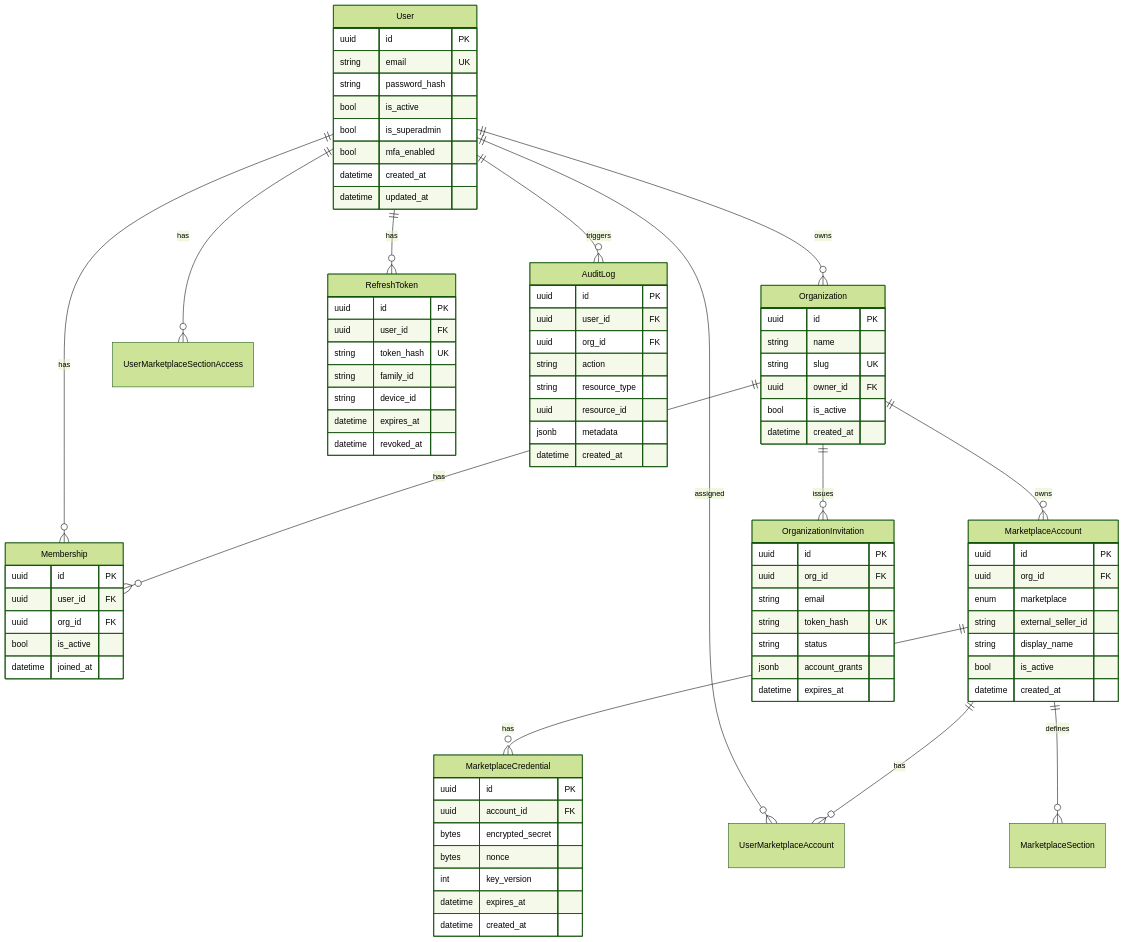
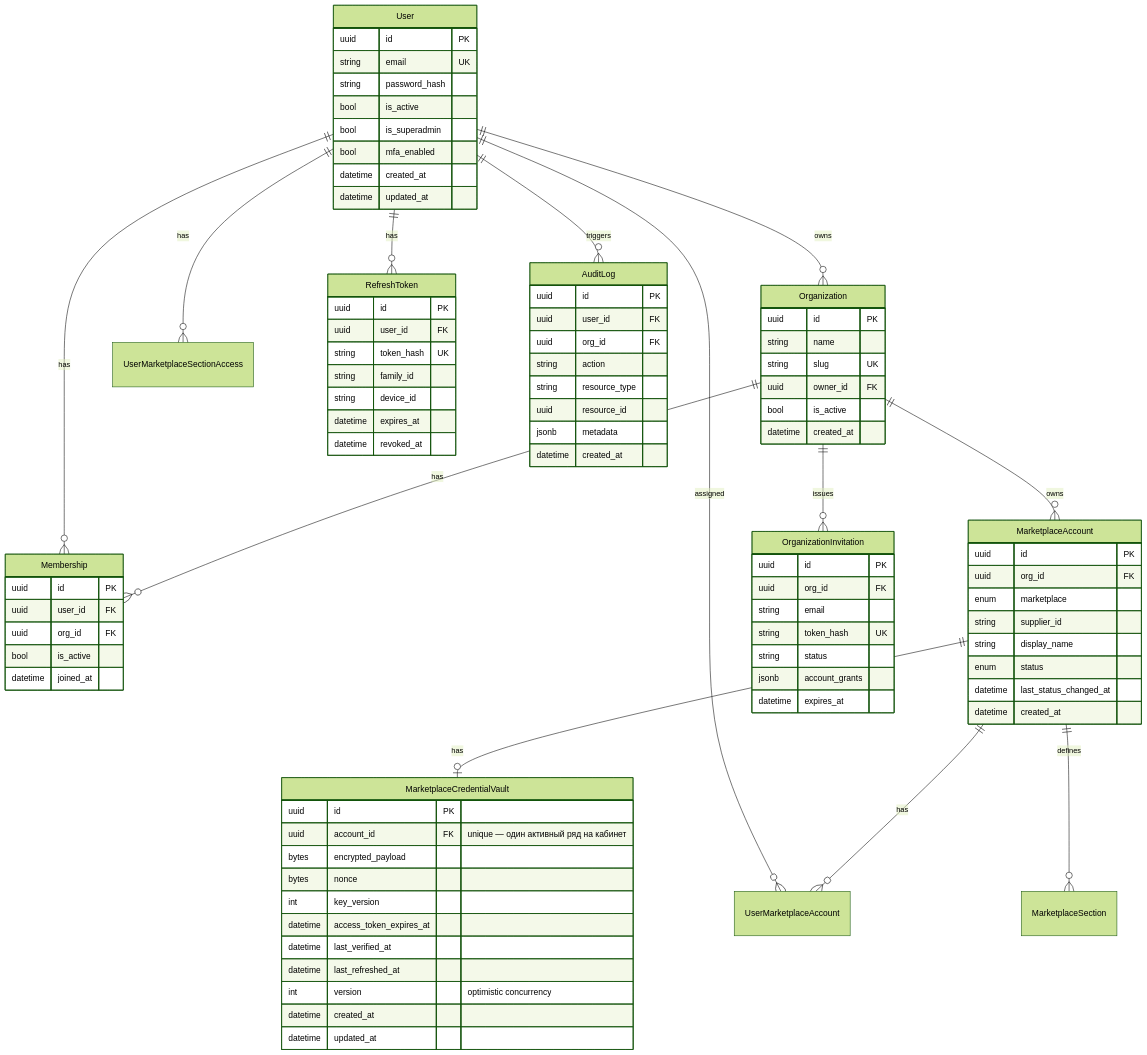
Before and after one commit to MarketHackerLabs/docs: the diagram in architecture/data-model.md, drawn with Mermaid (forest theme). The commit also changed other lines of this file and 11 other files, not shown here.

```diff
--- a/architecture/data-model.md
+++ b/architecture/data-model.md
@@ -19,7 +19,7 @@
     Organization ||--o{ Membership : has
     Organization ||--o{ MarketplaceAccount : owns
     Organization ||--o{ OrganizationInvitation : issues
-    MarketplaceAccount ||--o{ MarketplaceCredential : has
+    MarketplaceAccount ||--o| MarketplaceCredentialVault : has
     User ||--o{ UserMarketplaceAccount : assigned
     MarketplaceAccount ||--o{ UserMarketplaceAccount : has
     User ||--o{ UserMarketplaceSectionAccess : has
@@ -69,20 +69,25 @@
         uuid id PK
         uuid org_id FK
         enum marketplace
-        string external_seller_id
+        string supplier_id
         string display_name
-        bool is_active
+        enum status
+        datetime last_status_changed_at
         datetime created_at
     }
 
-    MarketplaceCredential {
+    MarketplaceCredentialVault {
         uuid id PK
-        uuid account_id FK
-        bytes encrypted_secret
+        uuid account_id FK "unique — один активный ряд на кабинет"
+        bytes encrypted_payload
         bytes nonce
         int key_version
-        datetime expires_at
+        datetime access_token_expires_at
+        datetime last_verified_at
+        datetime last_refreshed_at
+        int version "optimistic concurrency"
         datetime created_at
+        datetime updated_at
     }
 
     RefreshToken {
```
